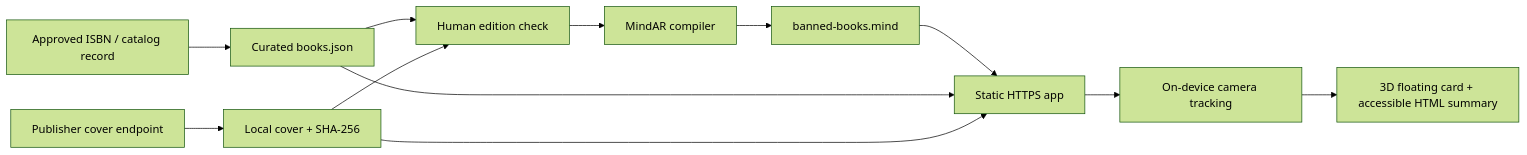
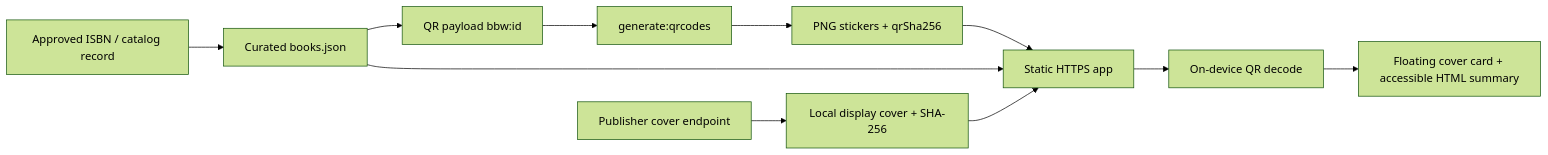
The diagram in docs/AR_LOGIC.md (CrashPr0/Banned-Book-Week), drawn with Mermaid (forest theme) before and after one commit. The commit also changed other lines of this file and 27 other files, not shown here.

First line of the commit message:
Switch recognition from MindAR cover targets to QR codes

````diff
--- a/docs/AR_LOGIC.md
+++ b/docs/AR_LOGIC.md
@@ -11,14 +11,13 @@
 ```mermaid
 flowchart LR
     A[Approved ISBN / catalog record] --> B[Curated books.json]
-    C[Publisher cover endpoint] --> D[Local cover + SHA-256]
-    B --> E[Human edition check]
-    D --> E
-    E --> F[MindAR compiler]
-    F --> G[banned-books.mind]
+    C[Publisher cover endpoint] --> D[Local display cover + SHA-256]
+    B --> E[QR payload bbw:id]
+    E --> F[generate:qrcodes]
+    F --> G[PNG stickers + qrSha256]
     G --> H[Static HTTPS app]
     B --> H
     D --> H
-    H --> I[On-device camera tracking]
-    I --> J[3D floating card + accessible HTML summary]
+    H --> I[On-device QR decode]
+    I --> J[Floating cover card + accessible HTML summary]
 ```
````
